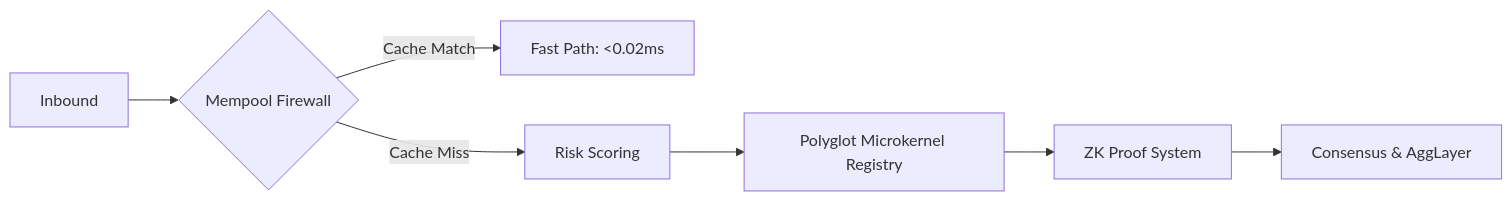
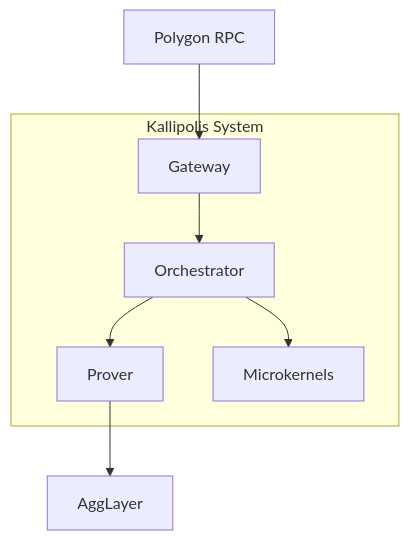
One commit to LogicGuard/kallipolis-zk changed the second of 2 diagrams in README.md. Above: the diagram before and after it, drawn with Mermaid. The commit also changed other lines of this file and 20 other files, not shown here.

````diff
--- a/README.md
+++ b/README.md
@@ -51,9 +151,10 @@
 ```mermaid
-graph LR
-    Inbound --> Firewall{Mempool Firewall}
-    Firewall -->|Cache Match| Fast[Fast Path: <0.02ms]
-    Firewall -->|Cache Miss| Analysis[Risk Scoring]
-    Analysis --> Microkernel[Polyglot Microkernel Registry]
-    Microkernel --> Prover[ZK Proof System]
-    Prover --> Final[Consensus & AggLayer]
+graph TD
+    subgraph "Kallipolis System"
+        G[Gateway] --> O[Orchestrator]
+        O --> P[Prover]
+        O --> MK[Microkernels]
+    end
+    RPC[Polygon RPC] --> G
+    P --> AG[AggLayer]
 ```
````
